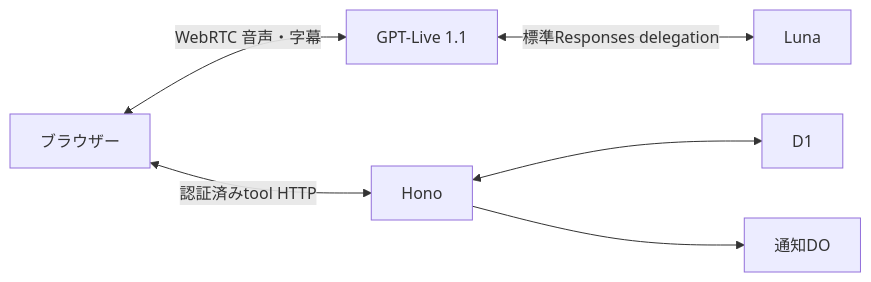
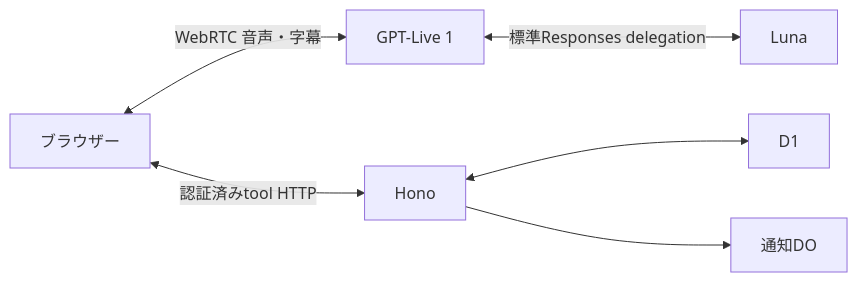
Before and after one commit to kit-codex-hack-fes-2026/tablecast-poc: the diagram in docs/voice/integration.md, drawn with Mermaid. The commit also changed other lines of this file and 12 other files, not shown here.

````diff
--- a/docs/voice/integration.md
+++ b/docs/voice/integration.md
@@ -7,8 +7,8 @@
 ```mermaid
 flowchart LR
-    B[ブラウザー] <-->|WebRTC 音声・字幕| L[GPT-Live 1.1]
+    B[ブラウザー] <-->|WebRTC 音声・字幕| L[GPT-Live 1]
     L <-->|標準Responses delegation| R[Luna]
     B <-->|認証済みtool HTTP| H[Hono]
     H <--> D[D1]
     H --> N[通知DO]
 ```
````
